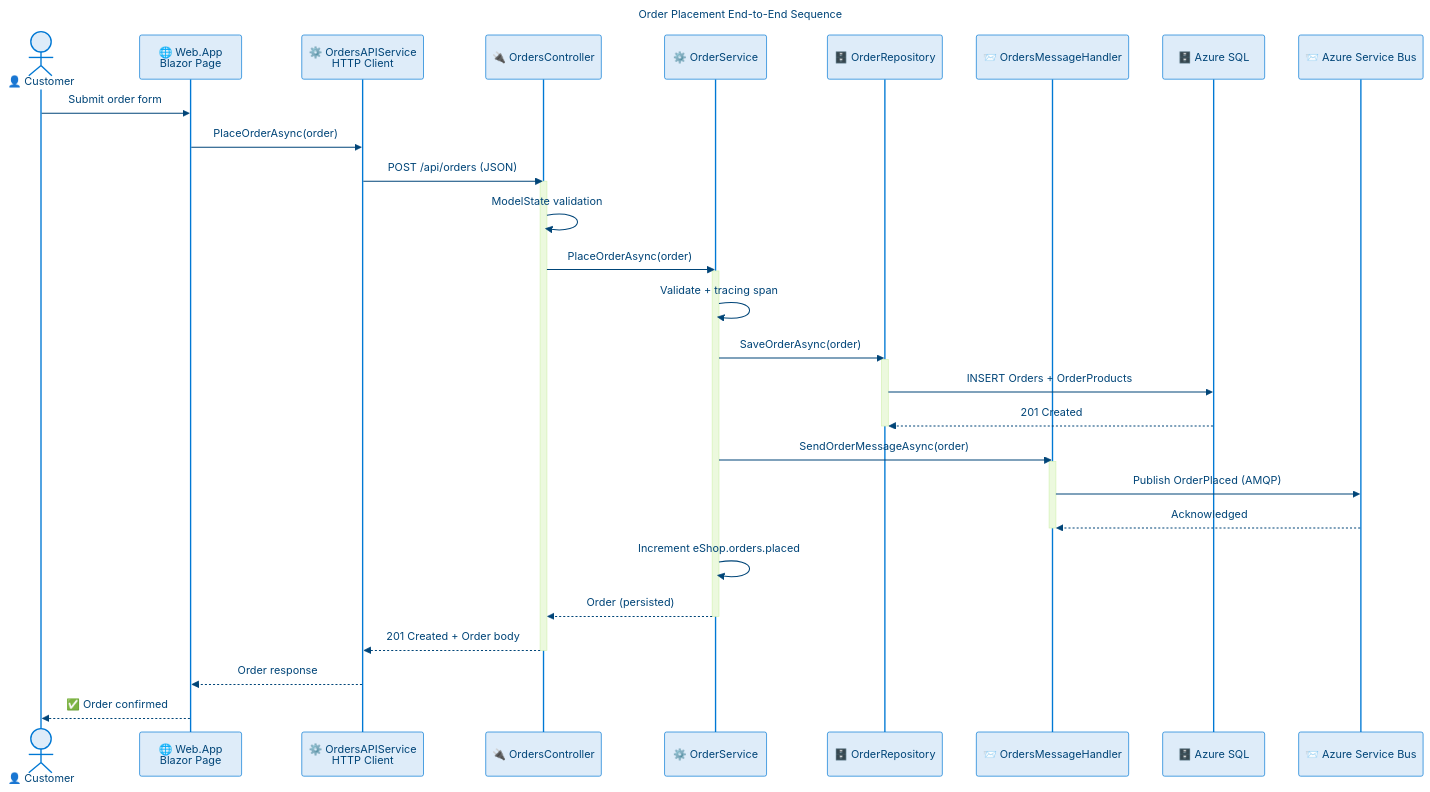
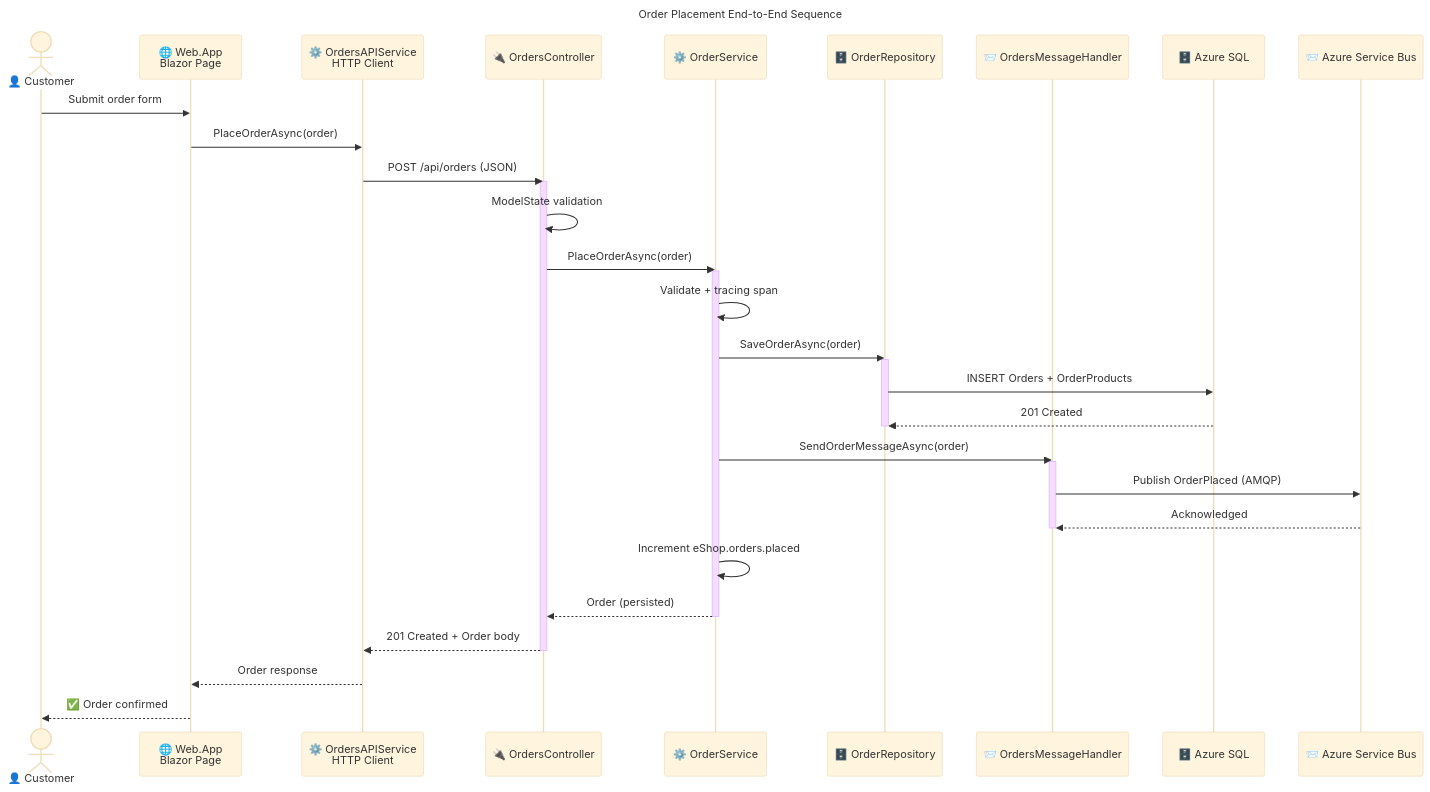
Before and after one commit to Evilazaro/Azure-LogicApps-Monitoring: the fourth of 9 diagrams in docs/architecture/Application-Layer-Architecture.md, drawn with Mermaid. The commit also changed other lines of this file, not shown here.

Commit message:
docs: enhance clarity and accessibility in Application Layer architecture diagrams

````diff
--- a/docs/architecture/Application-Layer-Architecture.md
+++ b/docs/architecture/Application-Layer-Architecture.md
@@ -1428,50 +1465,53 @@
 ```mermaid
 ---
-title: Order Placement End-to-End Sequence
+title: "Order Placement End-to-End Sequence"
 config:
   theme: base
   themeVariables:
-    primaryColor: '#DEECF9'
-    primaryBorderColor: '#0078D4'
-    primaryTextColor: '#004578'
+    fontSize: '16px'
 ---
 sequenceDiagram
     accTitle: Order Placement End-to-End Sequence Diagram
     accDescr: Shows the complete sequence of a single order placement from UI through Web App, Orders API, SQL Database, and Service Bus
+
+    %% ═══════════════════════════════════════════════════════════════════════════
+    %% AZURE / FLUENT ARCHITECTURE PATTERN v1.1
+    %% (Semantic + Structural + Font + Accessibility Governance)
+    %% ═══════════════════════════════════════════════════════════════════════════
 
     actor U as 👤 Customer
     participant W as 🌐 Web.App<br/>Blazor Page
     participant S as ⚙️ OrdersAPIService<br/>HTTP Client
     participant C as 🔌 OrdersController
     participant SVC as ⚙️ OrderService
     participant R as 🗄️ OrderRepository
     participant H as 📨 OrdersMessageHandler
     participant DB as 🗄️ Azure SQL
     participant SB as 📨 Azure Service Bus
 
     U->>W: Submit order form
     W->>S: PlaceOrderAsync(order)
     S->>C: POST /api/orders (JSON)
     activate C
     C->>C: ModelState validation
     C->>SVC: PlaceOrderAsync(order)
     activate SVC
     SVC->>SVC: Validate + tracing span
     SVC->>R: SaveOrderAsync(order)
     activate R
     R->>DB: INSERT Orders + OrderProducts
     DB-->>R: 201 Created
     deactivate R
     SVC->>H: SendOrderMessageAsync(order)
     activate H
     H->>SB: Publish OrderPlaced (AMQP)
     SB-->>H: Acknowledged
     deactivate H
     SVC->>SVC: Increment eShop.orders.placed
     SVC-->>C: Order (persisted)
     deactivate SVC
     C-->>S: 201 Created + Order body
     deactivate C
     S-->>W: Order response
     W-->>U: ✅ Order confirmed
 ```
````
